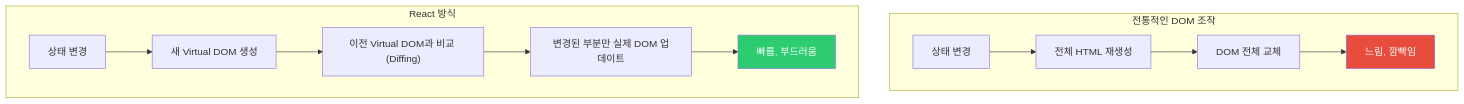
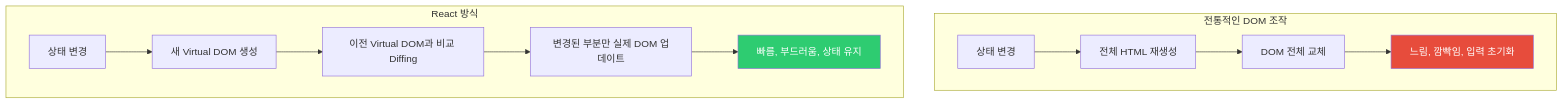
The first of 6 diagrams in _posts/frontend/2026-05-02-react-fundamentals.md (yjkim2015/yjkim2015.github.io), drawn with Mermaid before and after one commit. The commit also changed other lines of this file and 122 other files, not shown here.

````diff
--- a/_posts/frontend/2026-05-02-react-fundamentals.md
+++ b/_posts/frontend/2026-05-02-react-fundamentals.md
@@ -20,18 +24,18 @@
 ```mermaid
 graph TD
     subgraph "전통적인 DOM 조작"
         A["상태 변경"] --> B["전체 HTML 재생성"]
         B --> C["DOM 전체 교체"]
-        C --> D["느림, 깜빡임"]
+        C --> D["느림, 깜빡임, 입력 초기화"]
     end
 
     subgraph "React 방식"
         E["상태 변경"] --> F["새 Virtual DOM 생성"]
-        F --> G["이전 Virtual DOM과 비교 (Diffing)"]
+        F --> G["이전 Virtual DOM과 비교 Diffing"]
         G --> H["변경된 부분만 실제 DOM 업데이트"]
-        H --> I["빠름, 부드러움"]
+        H --> I["빠름, 부드러움, 상태 유지"]
     end
 
     style D fill:#e74c3c,color:#fff
     style I fill:#2ecc71,color:#fff
 ```
````
